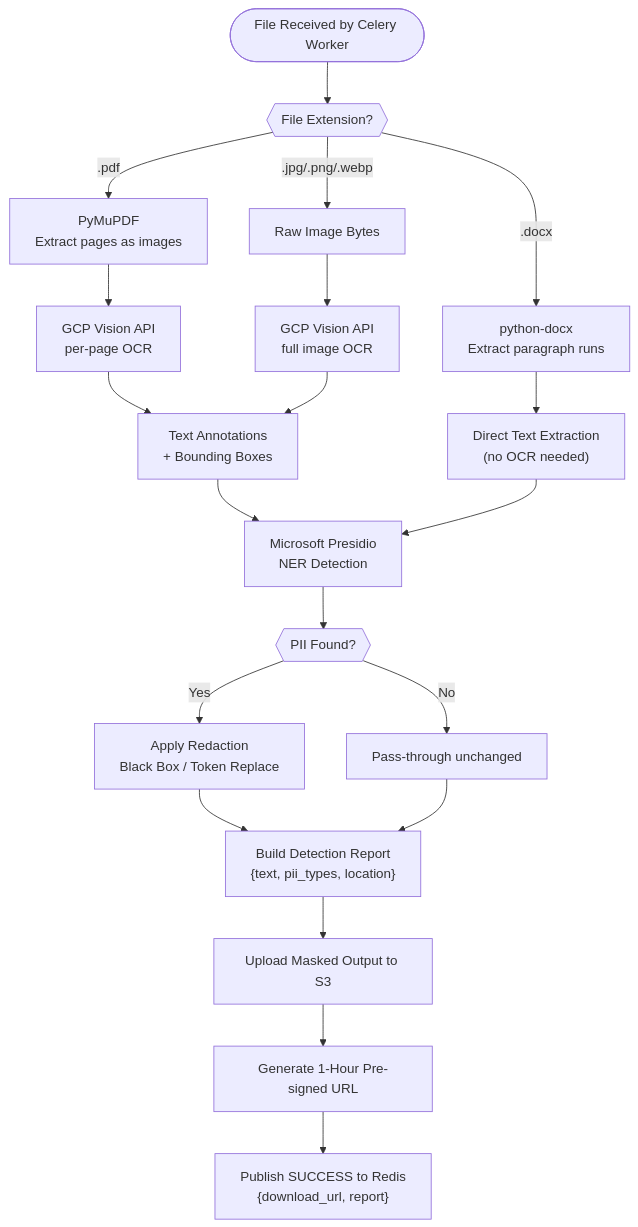
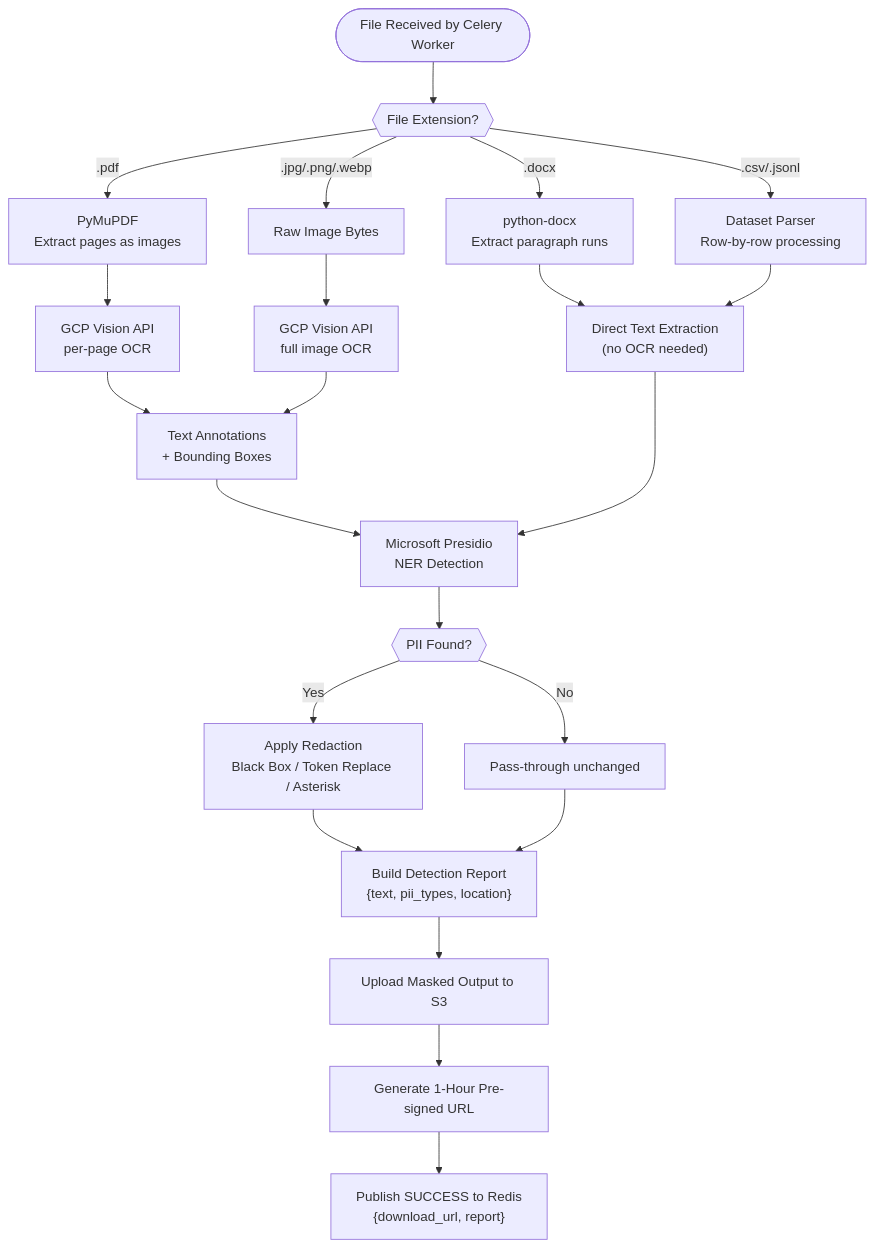
One commit to BugHunterX2101/pii-masking-app changed the second of 4 diagrams in README.md. Above: the diagram before and after it, drawn with Mermaid. The commit also changed other lines of this file, not shown here.

````diff
--- a/README.md
+++ b/README.md
@@ -171,30 +191,32 @@
 ```mermaid
 flowchart TD
 Start([" File Received by Celery Worker"]) --> TypeCheck{{"File Extension?"}}
 
 TypeCheck -->|".pdf"| PDF["PyMuPDF\nExtract pages as images"]
 TypeCheck -->|".docx"| DOCX["python-docx\nExtract paragraph runs"]
 TypeCheck -->|".jpg/.png/.webp"| IMG["Raw Image Bytes"]
+TypeCheck -->|".csv/.jsonl"| DS["Dataset Parser\nRow-by-row processing"]
 
 PDF --> GCP1[" GCP Vision API\nper-page OCR"]
 IMG --> GCP2[" GCP Vision API\nfull image OCR"]
 DOCX --> Direct["Direct Text Extraction\n(no OCR needed)"]
+DS --> Direct
 
 GCP1 --> TextBlocks["Text Annotations\n+ Bounding Boxes"]
 GCP2 --> TextBlocks
 
 TextBlocks --> Presidio[" Microsoft Presidio\nNER Detection"]
 Direct --> Presidio
 
 Presidio --> Entities{{"PII Found?"}}
 
-Entities -->|"Yes"| Redact["Apply Redaction\nBlack Box / Token Replace"]
+Entities -->|"Yes"| Redact["Apply Redaction\nBlack Box / Token Replace / Asterisk"]
 Entities -->|"No"| PassThrough["Pass-through unchanged"]
 
 Redact --> Report[" Build Detection Report\n{text, pii_types, location}"]
 PassThrough --> Report
 
 Report --> S3Upload[" Upload Masked Output to S3"]
 S3Upload --> PreSignedURL[" Generate 1-Hour Pre-signed URL"]
 PreSignedURL --> ResultBackend[" Publish SUCCESS to Redis\n{download_url, report}"]
 ```
````
